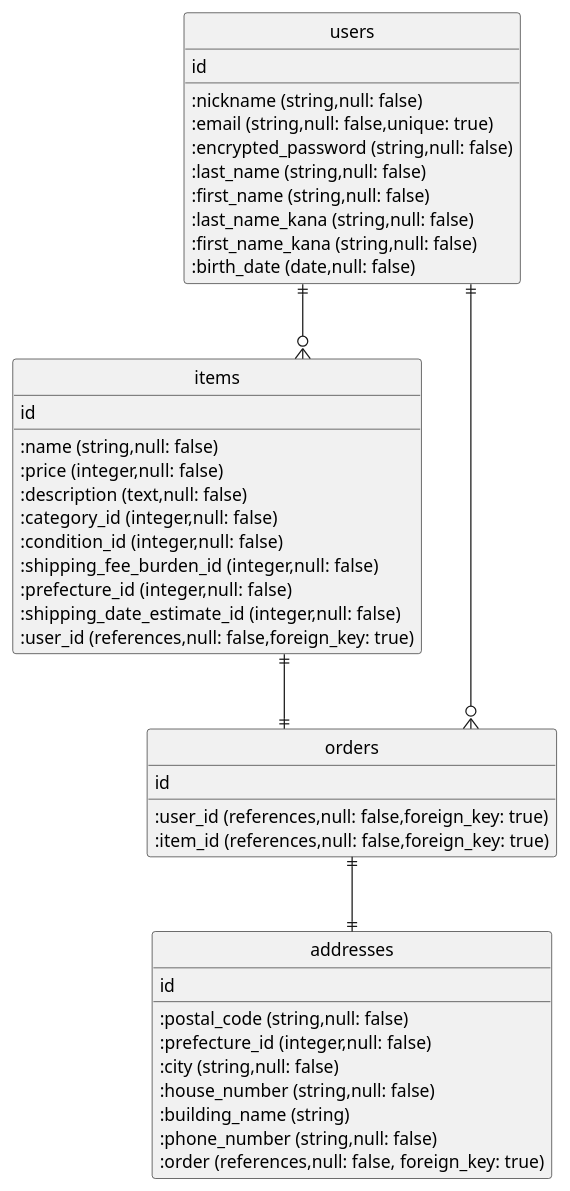
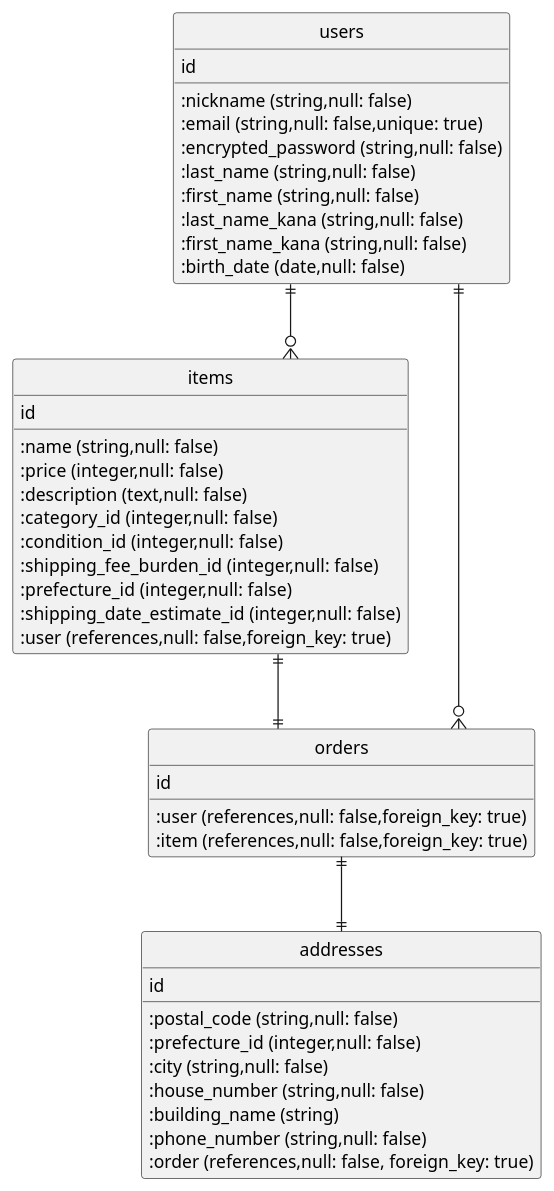
The diagram in furima-41768.erd.plantuml (tgw-3a/furima-41768), drawn with PlantUML before and after one commit.

Commit message:
ER図、外部キーカラム名から「_id」を削除

```diff
--- a/furima-41768.erd.plantuml
+++ b/furima-41768.erd.plantuml
@@ -1,57 +1,56 @@
 @startuml
 hide circle
 skinparam linetype ortho
 
 ' ユーザー管理機能
 ' 商品出品機能
 ' 商品購入機能
 
 entity "users" as users {
   id
   :nickname (string,null: false)
   :email (string,null: false,unique: true)
   :encrypted_password (string,null: false)
   :last_name (string,null: false)
   :first_name (string,null: false)
   :last_name_kana (string,null: false)
   :first_name_kana (string,null: false)
   :birth_date (date,null: false)
 }
 
 entity "items" as items {
   id
   :name (string,null: false)
   :price (integer,null: false)
   :description (text,null: false)
   :category_id (integer,null: false)
   :condition_id (integer,null: false)
   :shipping_fee_burden_id (integer,null: false)
   :prefecture_id (integer,null: false)
   :shipping_date_estimate_id (integer,null: false)
-  :user_id (references,null: false,foreign_key: true)
+  :user (references,null: false,foreign_key: true)
 }
 
 entity "orders" as orders {
   id
-  :user_id (references,null: false,foreign_key: true)
-  :item_id (references,null: false,foreign_key: true)
+  :user (references,null: false,foreign_key: true)
+  :item (references,null: false,foreign_key: true)
 }
 
 entity "addresses" as addresses {
   id
   :postal_code (string,null: false)
   :prefecture_id (integer,null: false)
   :city (string,null: false)
   :house_number (string,null: false)
   :building_name (string)
   :phone_number (string,null: false)
   :order (references,null: false, foreign_key: true)
 }
 
 users ||--o{ items
 users ||--o{ orders
-' users ||--o{ addresses
 items ||--|| orders
 orders ||--|| addresses
 
 @enduml
```
